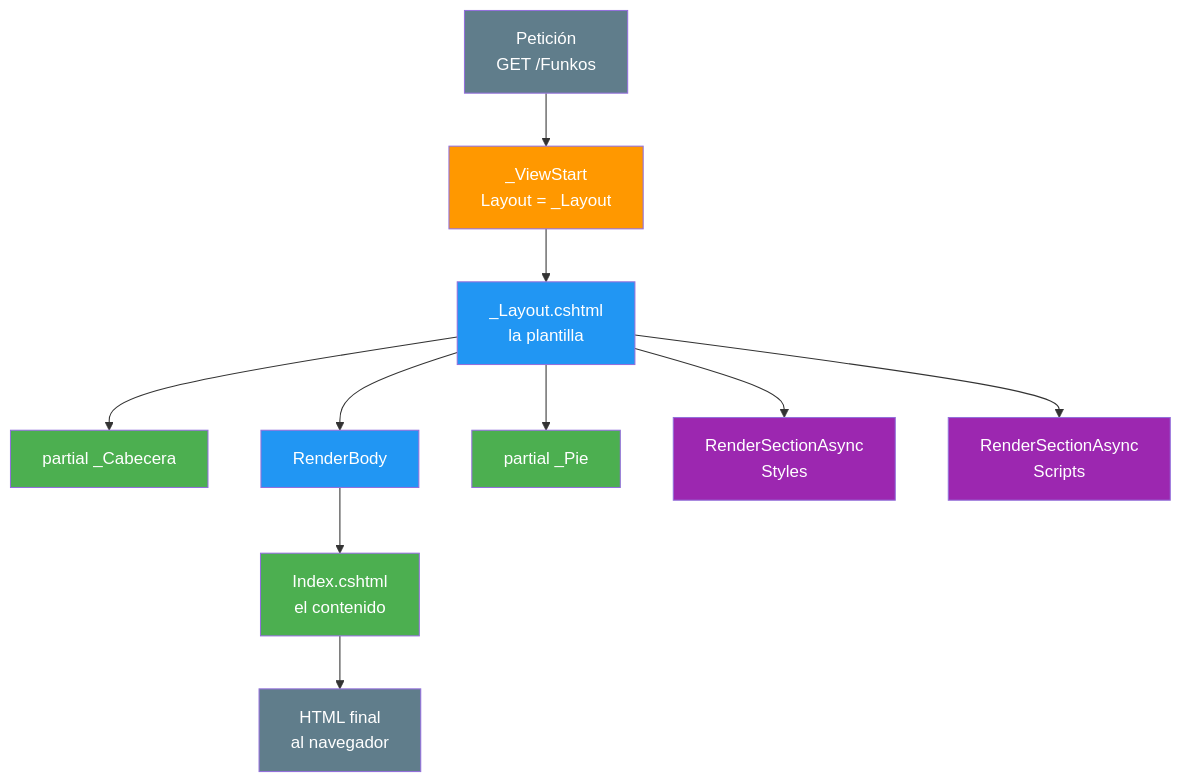
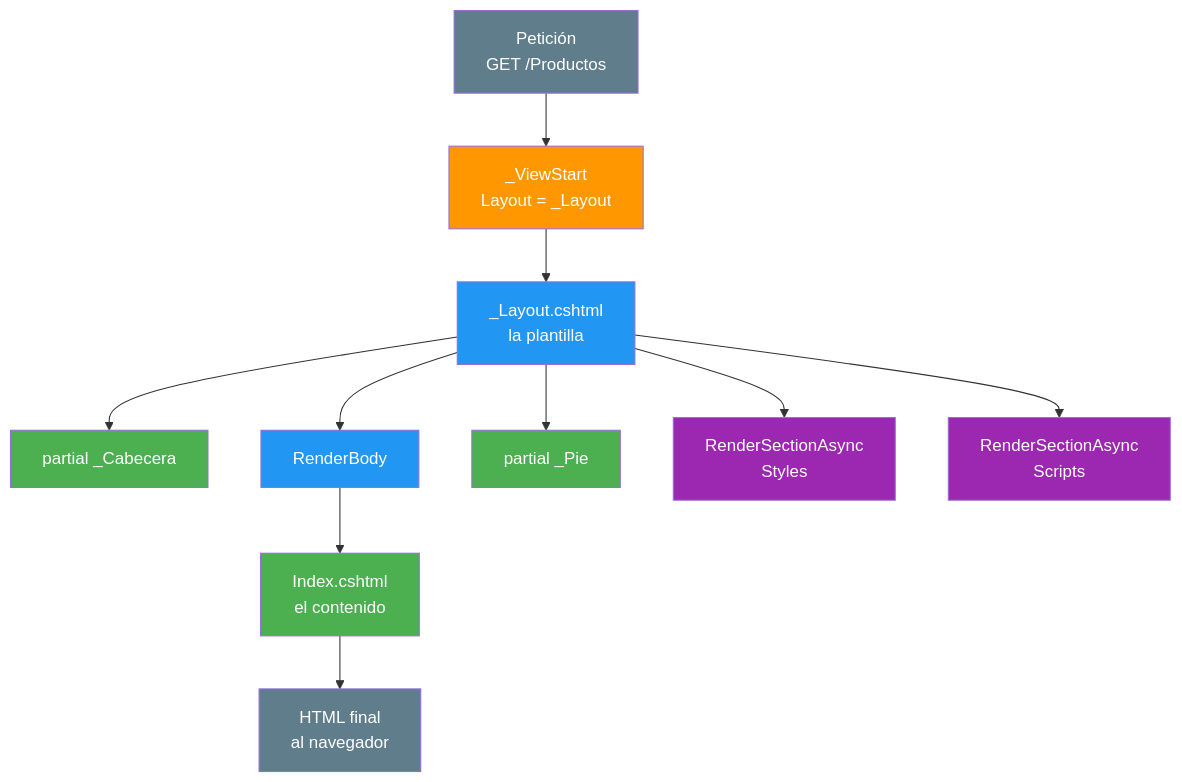
One commit to joseluisgs/DesarrolloWebEntornosServidor-03-2026-2027 changed the second of 5 diagrams in 05-layouts-partials-componentes.md. Above: the diagram before and after it, drawn with Mermaid. The commit also changed other lines of this file, not shown here.

Commit message:
fix: revisar 05 segun el esquema de UD02: Resumen sin diagrama, estilo de redaccion y Productos fuera del Reto

````diff
--- a/05-layouts-partials-componentes.md
+++ b/05-layouts-partials-componentes.md
@@ -180,23 +182,23 @@
 ```mermaid
 graph TD
-    A["Petición<br/>GET /Funkos"] --> B["_ViewStart<br/>Layout = _Layout"]
+    A["Petición<br/>GET /Productos"] --> B["_ViewStart<br/>Layout = _Layout"]
     B --> C["_Layout.cshtml<br/>la plantilla"]
     C --> D["partial _Cabecera"]
     C --> E["RenderBody"]
     C --> F["partial _Pie"]
     C --> G["RenderSectionAsync<br/>Styles"]
     C --> H["RenderSectionAsync<br/>Scripts"]
     E --> I["Index.cshtml<br/>el contenido"]
     I --> J["HTML final<br/>al navegador"]
 
     style A fill:#607D8B,color:#fff
     style B fill:#FF9800,color:#fff
     style C fill:#2196F3,color:#fff
     style D fill:#4CAF50,color:#fff
     style E fill:#2196F3,color:#fff
     style F fill:#4CAF50,color:#fff
     style G fill:#9C27B0,color:#fff
     style H fill:#9C27B0,color:#fff
     style I fill:#4CAF50,color:#fff
     style J fill:#607D8B,color:#fff
 ```
````
